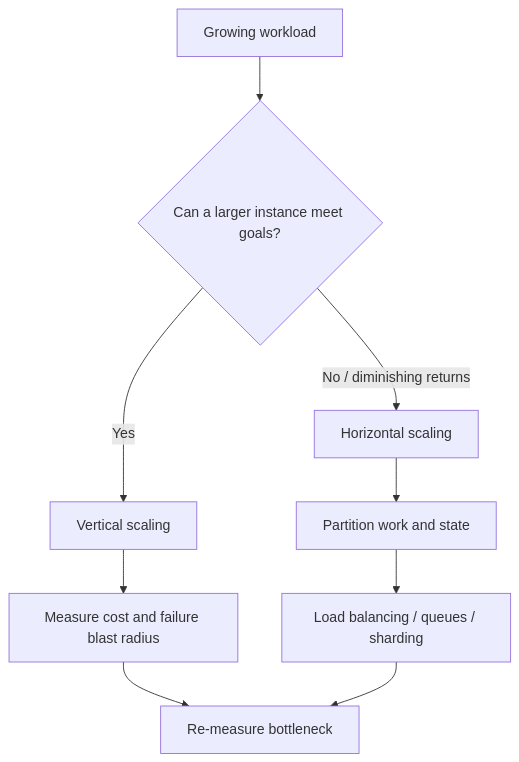
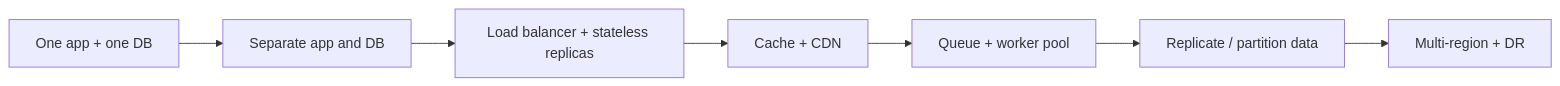
The first of 3 diagrams in fundamentals/scalability_basics.md (luckyhegde6/HLD_patterns), drawn with Mermaid before and after one commit. The commit also changed other lines of this file, not shown here.

````diff
--- a/fundamentals/scalability_basics.md
+++ b/fundamentals/scalability_basics.md
@@ -7,11 +7,9 @@
 ```mermaid
-flowchart TB
-    A[Growing workload] --> B{Can a larger instance meet goals?}
-    B -->|Yes| C[Vertical scaling]
-    B -->|No / diminishing returns| D[Horizontal scaling]
-    C --> E[Measure cost and failure blast radius]
-    D --> F[Partition work and state]
-    F --> G[Load balancing / queues / sharding]
-    E --> H[Re-measure bottleneck]
-    G --> H
+flowchart LR
+  A[One app + one DB] --> B[Separate app and DB]
+  B --> C[Load balancer + stateless replicas]
+  C --> D[Cache + CDN]
+  D --> E[Queue + worker pool]
+  E --> F[Replicate / partition data]
+  F --> G[Multi-region + DR]
 ```
````
